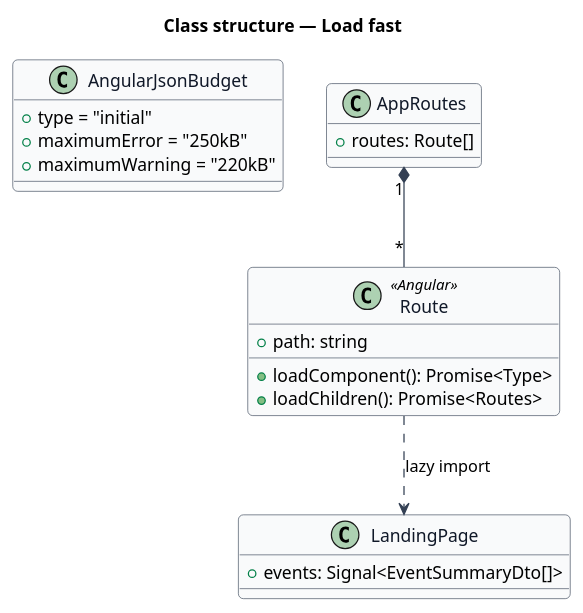
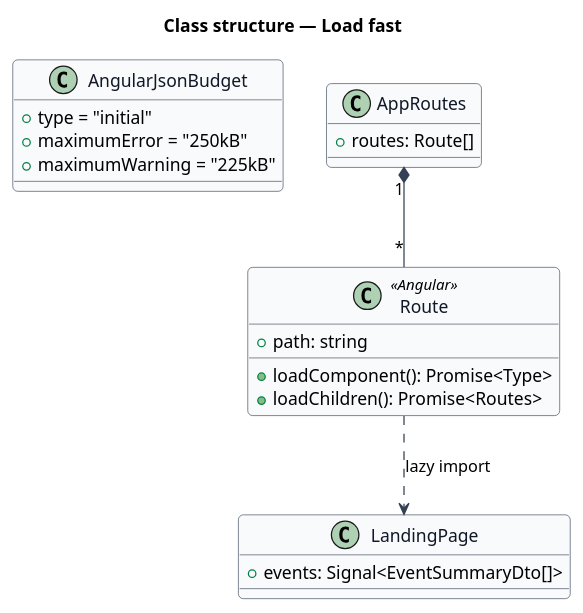
Before and after one commit to QuinntyneBrown/christian-fitness: the diagram in docs/detailed-designs/performance/load-fast/diagrams/class.puml, drawn with PlantUML. The commit also changed 26 other files, not shown here.

```diff
--- a/docs/detailed-designs/performance/load-fast/diagrams/class.puml
+++ b/docs/detailed-designs/performance/load-fast/diagrams/class.puml
@@ -1,32 +1,32 @@
 @startuml
 skinparam backgroundColor #FFFFFF
 skinparam shadowing false
 skinparam roundcorner 8
 skinparam defaultFontName Arial
 skinparam ArrowColor #344054
 skinparam class {
   BorderColor #344054
   FontColor #101828
   BackgroundColor #F9FAFB
 }
 title Class structure — Load fast
 
 class AngularJsonBudget {
   +type = "initial"
   +maximumError = "250kB"
-  +maximumWarning = "220kB"
+  +maximumWarning = "225kB"
 }
 class Route <<Angular>> {
   +path: string
   +loadComponent(): Promise<Type>
   +loadChildren(): Promise<Routes>
 }
 class AppRoutes {
   +routes: Route[]
 }
 class LandingPage {
   +events: Signal<EventSummaryDto[]>
 }
 AppRoutes "1" *-- "*" Route
 Route ..> LandingPage : lazy import
 @enduml
```
